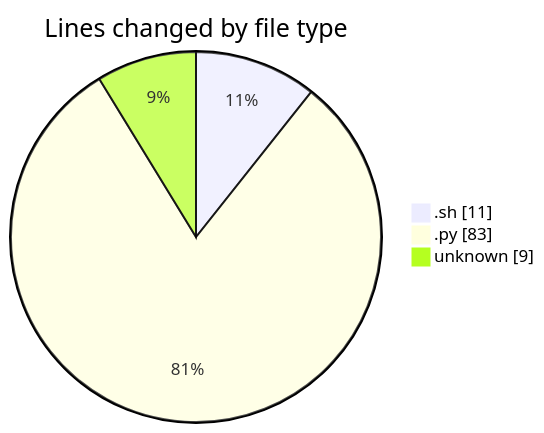
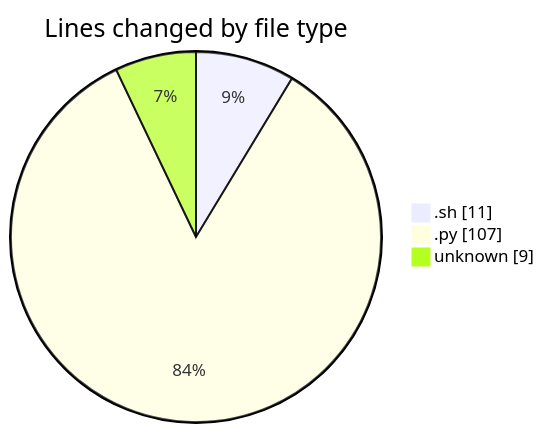
Before and after one commit to momahboobian/code-tracking: the first of 2 diagrams in 2025-01-25/samplepdf/README.md, drawn with Mermaid. The commit also changed other lines of this file and 1 other file, not shown here.

````diff
--- a/2025-01-25/samplepdf/README.md
+++ b/2025-01-25/samplepdf/README.md
@@ -22,7 +23,7 @@
 ```mermaid
 pie showData
 title Lines changed by file type
 ".sh" : 11
-".py" : 83
+".py" : 107
 "unknown" : 9
 ```
````
